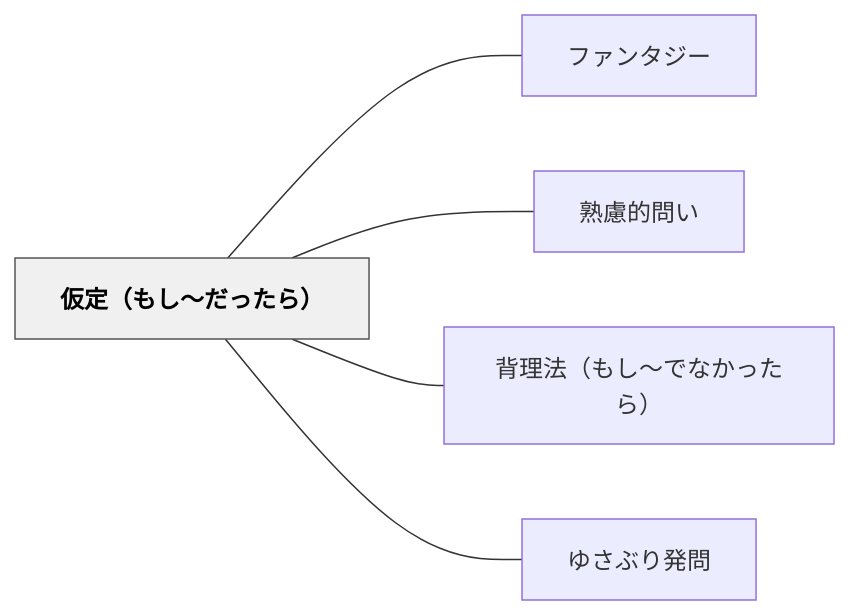
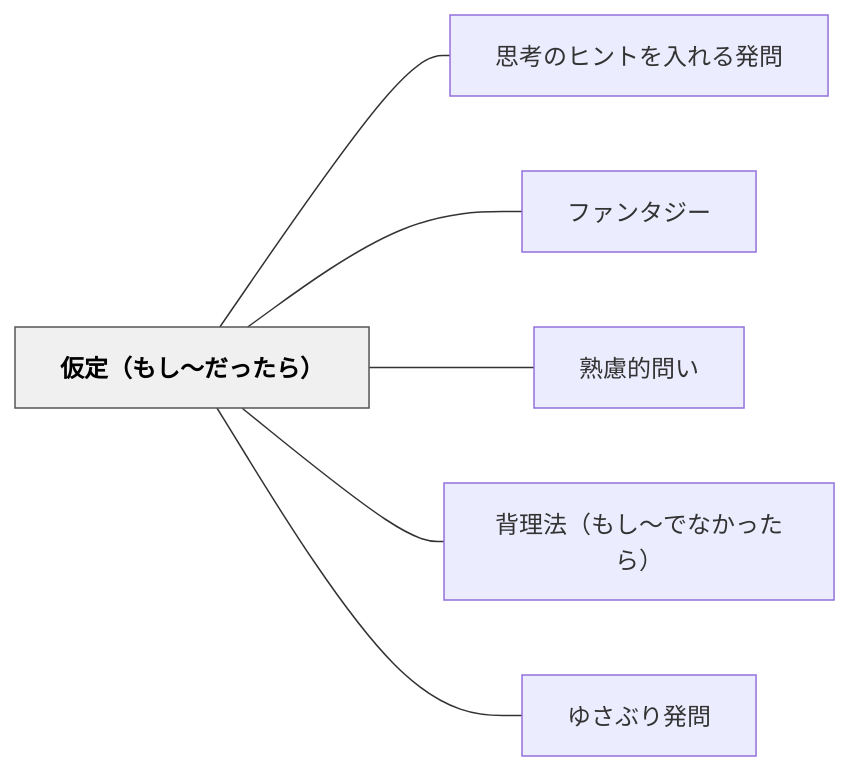
Before and after one commit to unknownthings-ed-patterns/unknownthings-ed-patterns: the diagram in content/パタン/仮定（もし〜だったら）.md, drawn with Mermaid. The commit also changed other lines of this file and 28 other files, not shown here.

````diff
--- a/content/パタン/仮定（もし〜だったら）.md
+++ b/content/パタン/仮定（もし〜だったら）.md
@@ -41,16 +42,18 @@
 ```mermaid
 flowchart LR
     ne4bbaee5ae9aefbc88e38282e38197e3809ce381a0e381a3e3819fe38289efbc89["仮定（もし〜だったら）"]
+    ne6809de88083e381aee38392e383b3e38388e38292e585a5e3828ce3828be799bae5958f["思考のヒントを入れる発問"]
     ne38395e382a1e383b3e382bfe382b8e383bc["ファンタジー"]
     ne7869fe685aee79a84e5958fe38184["熟慮的問い"]
     ne8838ce79086e6b395efbc88e38282e38197e3809ce381a7e381aae3818be381a3e3819fe38289efbc89["背理法（もし〜でなかったら）"]
     ne38286e38195e381b6e3828ae799bae5958f["ゆさぶり発問"]
 
+    ne4bbaee5ae9aefbc88e38282e38197e3809ce381a0e381a3e3819fe38289efbc89 --- ne6809de88083e381aee38392e383b3e38388e38292e585a5e3828ce3828be799bae5958f
     ne4bbaee5ae9aefbc88e38282e38197e3809ce381a0e381a3e3819fe38289efbc89 --- ne38395e382a1e383b3e382bfe382b8e383bc
     ne4bbaee5ae9aefbc88e38282e38197e3809ce381a0e381a3e3819fe38289efbc89 --- ne7869fe685aee79a84e5958fe38184
     ne4bbaee5ae9aefbc88e38282e38197e3809ce381a0e381a3e3819fe38289efbc89 --- ne8838ce79086e6b395efbc88e38282e38197e3809ce381a7e381aae3818be381a3e3819fe38289efbc89
     ne4bbaee5ae9aefbc88e38282e38197e3809ce381a0e381a3e3819fe38289efbc89 --- ne38286e38195e381b6e3828ae799bae5958f
 
     classDef hub fill:#f0f0f0,stroke:#555,color:#000,font-weight:bold
     class ne4bbaee5ae9aefbc88e38282e38197e3809ce381a0e381a3e3819fe38289efbc89 hub
 ```
````
